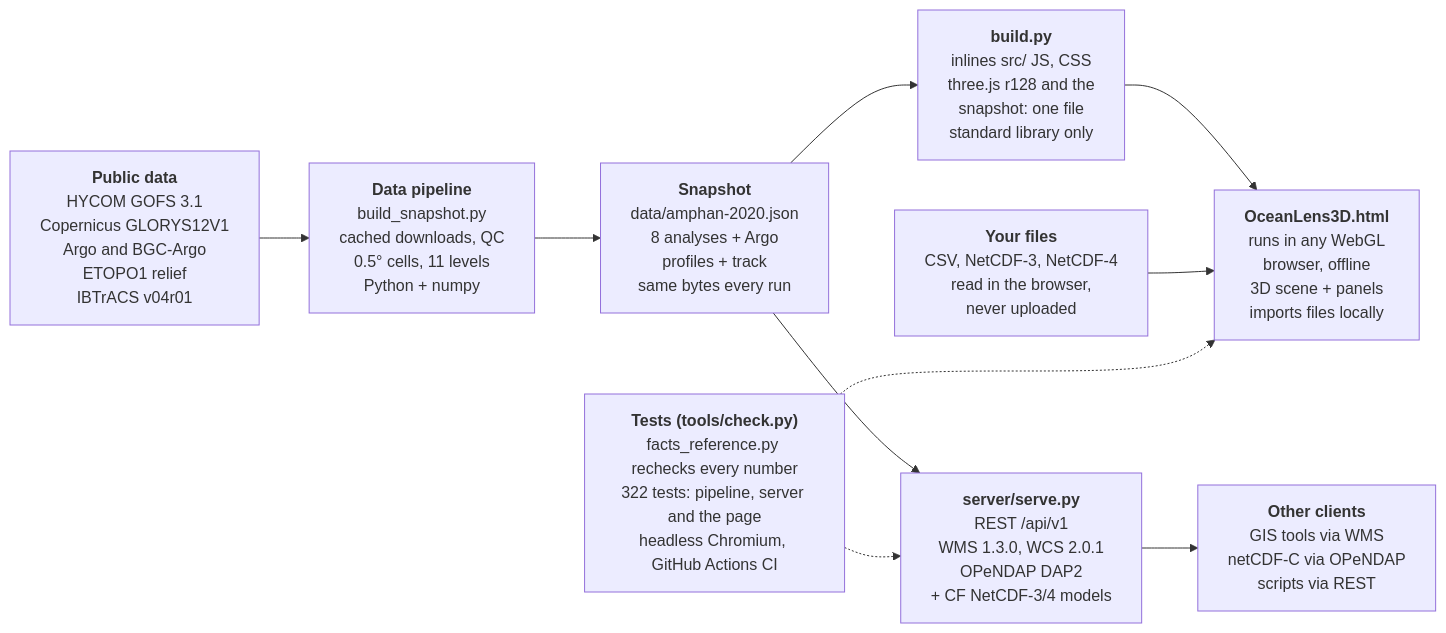
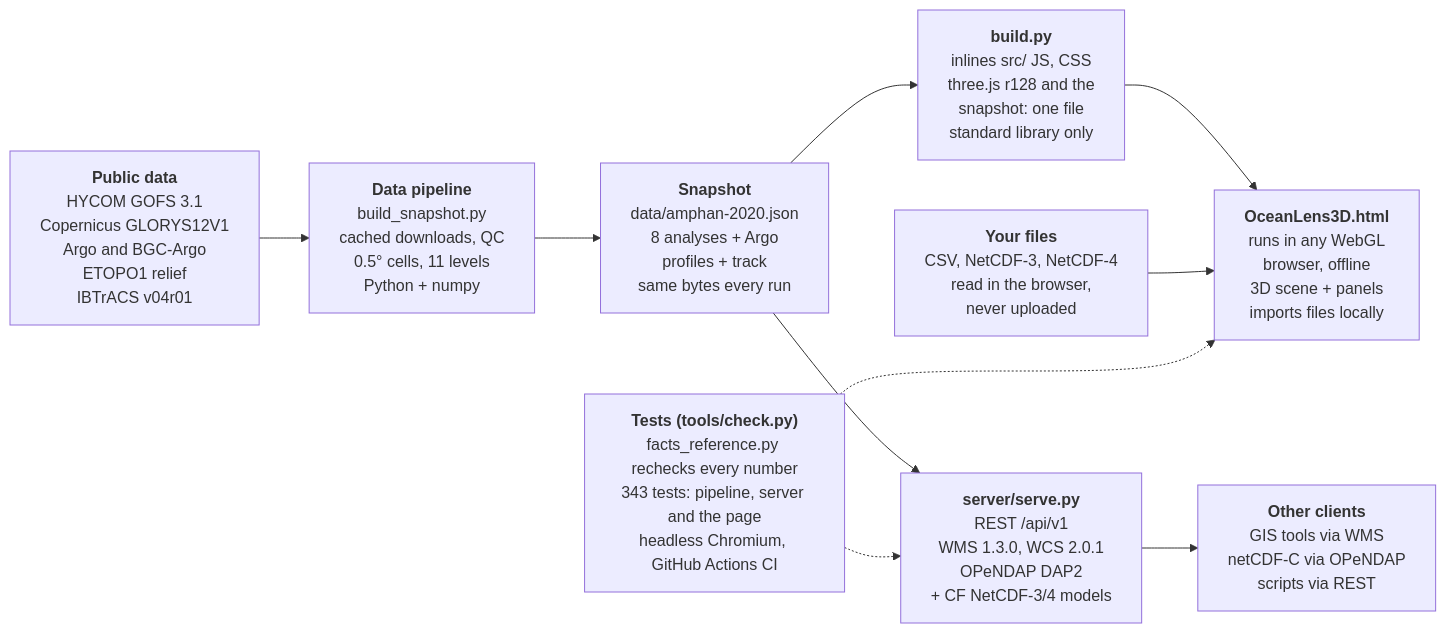
The second of 2 diagrams in docs/PRESENTER_GUIDE.md (Rehaan15790/OceanLens-3D), drawn with Mermaid before and after one commit. The commit also changed other lines of this file and 46 other files, not shown here.

````diff
--- a/docs/PRESENTER_GUIDE.md
+++ b/docs/PRESENTER_GUIDE.md
@@ -292,17 +299,17 @@
 ```mermaid
 flowchart LR
   SRC["<b>Public data</b><br/>HYCOM GOFS 3.1<br/>Copernicus GLORYS12V1<br/>Argo and BGC-Argo<br/>ETOPO1 relief<br/>IBTrACS v04r01"]
   PIPE["<b>Data pipeline</b><br/>build_snapshot.py<br/>cached downloads, QC<br/>0.5° cells, 11 levels<br/>Python + numpy"]
   SNAP["<b>Snapshot</b><br/>data/amphan-2020.json<br/>8 analyses + Argo<br/>profiles + track<br/>same bytes every run"]
   BUILD["<b>build.py</b><br/>inlines src/ JS, CSS<br/>three.js r128 and the<br/>snapshot: one file<br/>standard library only"]
   APP["<b>OceanLens3D.html</b><br/>runs in any WebGL<br/>browser, offline<br/>3D scene + panels<br/>imports files locally"]
   SRV["<b>server/serve.py</b><br/>REST /api/v1<br/>WMS 1.3.0, WCS 2.0.1<br/>OPeNDAP DAP2<br/>+ CF NetCDF-3/4 models"]
   CLI["<b>Other clients</b><br/>GIS tools via WMS<br/>netCDF-C via OPeNDAP<br/>scripts via REST"]
   FILES["<b>Your files</b><br/>CSV, NetCDF-3, NetCDF-4<br/>read in the browser,<br/>never uploaded"]
-  TESTS["<b>Tests (tools/check.py)</b><br/>facts_reference.py rechecks every number<br/>322 tests: pipeline, server and the page<br/>headless Chromium, GitHub Actions CI"]
+  TESTS["<b>Tests (tools/check.py)</b><br/>facts_reference.py rechecks every number<br/>343 tests: pipeline, server and the page<br/>headless Chromium, GitHub Actions CI"]
   SRC --> PIPE --> SNAP --> BUILD --> APP
   SNAP --> SRV --> CLI
   FILES --> APP
   TESTS -.-> SRV
   TESTS -.-> APP
 ```
````
